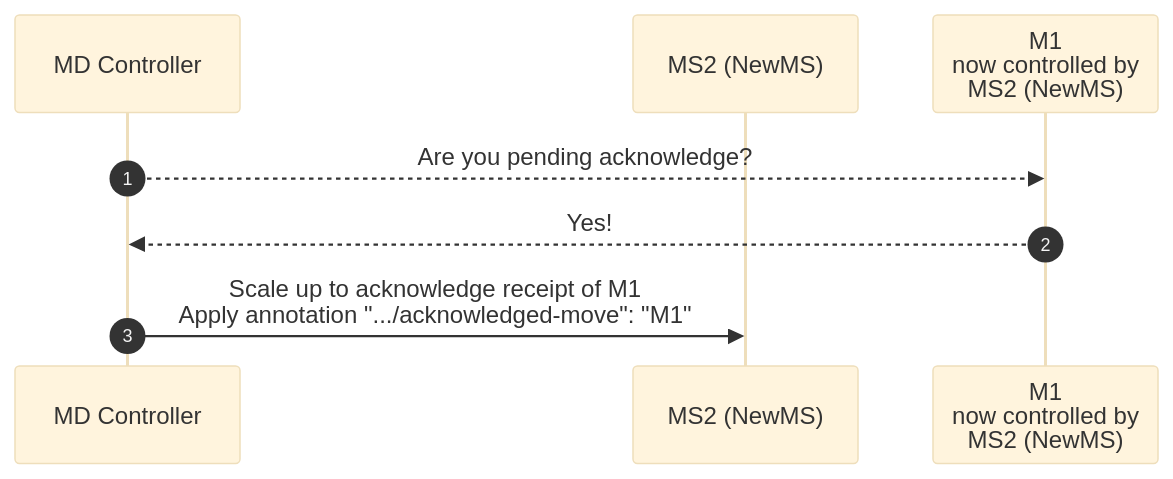
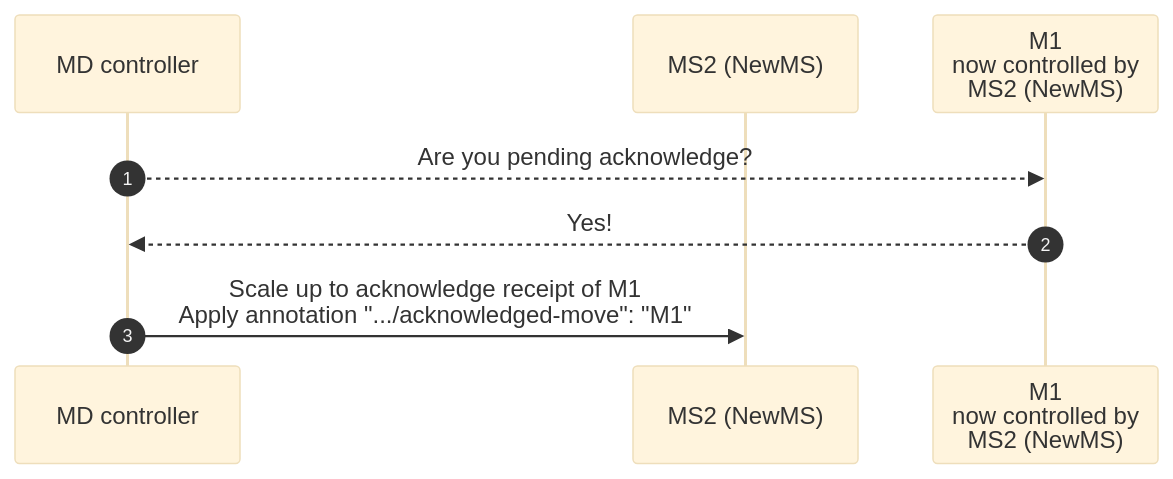
Before and after one commit to kubernetes-sigs/cluster-api: the third of 7 diagrams in docs/proposals/20240807-in-place-updates-implementation-notes.md, drawn with Mermaid (base theme). The commit also changed other lines of this file, not shown here.

Commit message:
Fix diagrams in in-place update implementation notes

````diff
--- a/docs/proposals/20240807-in-place-updates-implementation-notes.md
+++ b/docs/proposals/20240807-in-place-updates-implementation-notes.md
@@ -66,10 +66,10 @@
 ```mermaid
 sequenceDiagram
     autonumber
-    participant MD Controller
+    participant MDController as MD controller
     participant MS2 (NewMS)
     participant M1 as M1<br/>now controlled by<br/>MS2 (NewMS)
-    MD Controller-->>M1: Are you pending acknowledge?
-    M1-->>MD Controller: Yes!
-    MD Controller->>MS2 (NewMS): Scale up to acknowledge receipt of M1<br/>Apply annotation ".../acknowledged-move": "M1"
+    MDController-->>M1: Are you pending acknowledge?
+    M1-->>MDController: Yes!
+    MDController->>MS2 (NewMS): Scale up to acknowledge receipt of M1<br/>Apply annotation ".../acknowledged-move": "M1"
 ```
````
